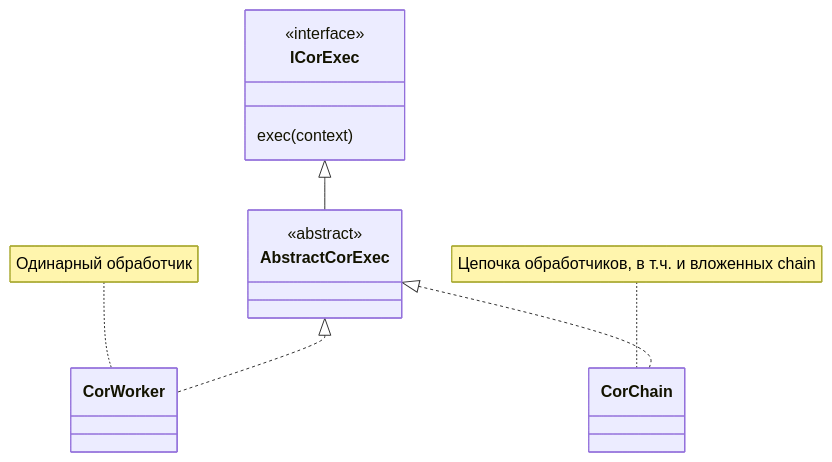
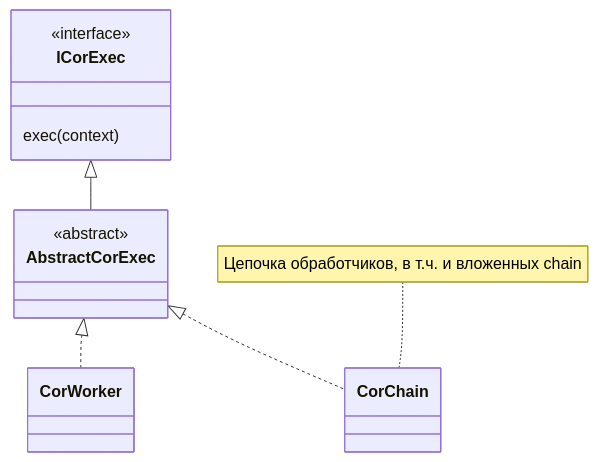
Before and after one commit to dpopkov/hello-world-2: the diagram in README.md, drawn with Mermaid.

Commit message:
Update README.md
fix 4

````diff
--- a/README.md
+++ b/README.md
@@ -10,19 +10,17 @@
 ```mermaid
 classDiagram
     class ICorExec
     <<interface>> ICorExec
     ICorExec : exec(context)
     
     class AbstractCorExec
     <<abstract>> AbstractCorExec
     
     class CorWorker
     class CorChain
     
     ICorExec <|-- AbstractCorExec
     AbstractCorExec <|.. CorWorker
     AbstractCorExec <|.. CorChain
-
-    note for CorWorker "Одинарный обработчик"
     note for CorChain "Цепочка обработчиков, в т.ч. и вложенных chain"
 ```
````
